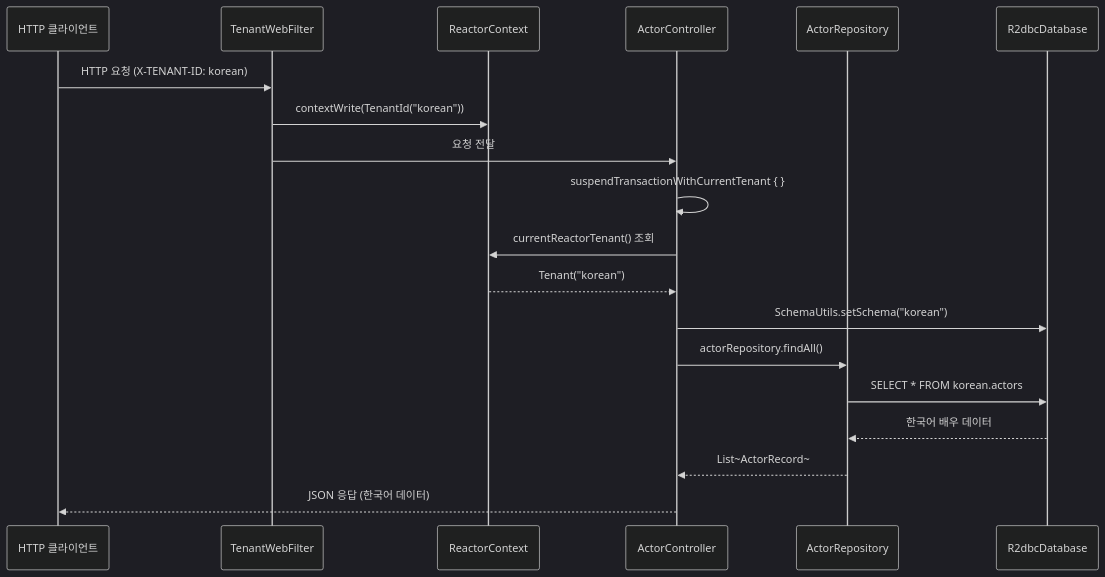
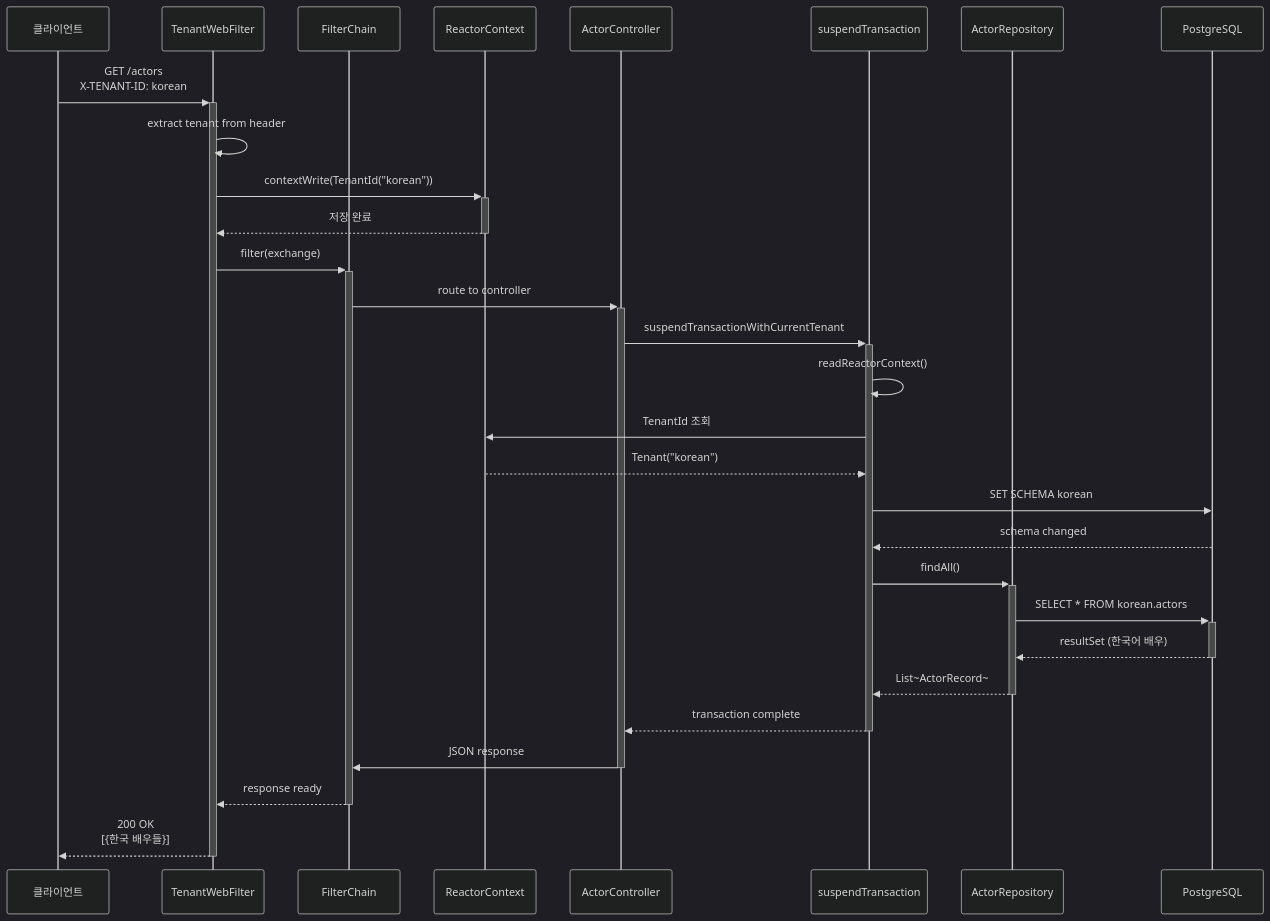
The second of 3 diagrams in 10-multi-tenant/03-multitenant-spring-webflux/README.md (bluetape4k/exposed-r2dbc-workshop), drawn with Mermaid (dark theme) before and after one commit. The commit also changed other lines of this file and 3 other files, not shown here.

First line of the commit message:
docs: README 다이어그램 가독성 개선

````diff
--- a/10-multi-tenant/03-multitenant-spring-webflux/README.md
+++ b/10-multi-tenant/03-multitenant-spring-webflux/README.md
@@ -58,21 +114,35 @@
 ```mermaid
 sequenceDiagram
-    participant Client as HTTP 클라이언트
+    participant Client as 클라이언트
     participant Filter as TenantWebFilter
-    participant Ctx as ReactorContext
-    participant Controller as ActorController
+    participant Chain as FilterChain
+    participant Reactor as ReactorContext
+    participant Ctrl as ActorController
+    participant Txn as suspendTransaction
     participant Repo as ActorRepository
-    participant DB as R2dbcDatabase
-    Client ->> Filter: HTTP 요청 (X-TENANT-ID: korean)
-    Filter ->> Ctx: contextWrite(TenantId("korean"))
-    Filter ->> Controller: 요청 전달
-    Controller ->> Controller: suspendTransactionWithCurrentTenant { }
-    Controller ->> Ctx: currentReactorTenant() 조회
-    Ctx -->> Controller: Tenant("korean")
-    Controller ->> DB: SchemaUtils.setSchema("korean")
-    Controller ->> Repo: actorRepository.findAll()
-    Repo ->> DB: SELECT * FROM korean.actors
-    DB -->> Repo: 한국어 배우 데이터
-    Repo -->> Controller: List~ActorRecord~
-    Controller -->> Client: JSON 응답 (한국어 데이터)
+    participant DB as PostgreSQL
+
+    Client ->>+ Filter: GET /actors<br/>X-TENANT-ID: korean
+    Filter ->> Filter: extract tenant from header
+    Filter ->>+ Reactor: contextWrite(TenantId("korean"))
+    Reactor -->>- Filter: 저장 완료
+    Filter ->>+ Chain: filter(exchange)
+    Chain ->>+ Ctrl: route to controller
+    
+    Ctrl ->>+ Txn: suspendTransactionWithCurrentTenant
+    Txn ->> Txn: readReactorContext()
+    Txn ->> Reactor: TenantId 조회
+    Reactor -->> Txn: Tenant("korean")
+    Txn ->> DB: SET SCHEMA korean
+    DB -->> Txn: schema changed
+    
+    Txn ->>+ Repo: findAll()
+    Repo ->>+ DB: SELECT * FROM korean.actors
+    DB -->>- Repo: resultSet (한국어 배우)
+    Repo -->>- Txn: List~ActorRecord~
+    
+    Txn -->>- Ctrl: transaction complete
+    Ctrl ->>- Chain: JSON response
+    Chain -->>- Filter: response ready
+    Filter -->>- Client: 200 OK<br/>[{한국 배우들}]
 ```
````
